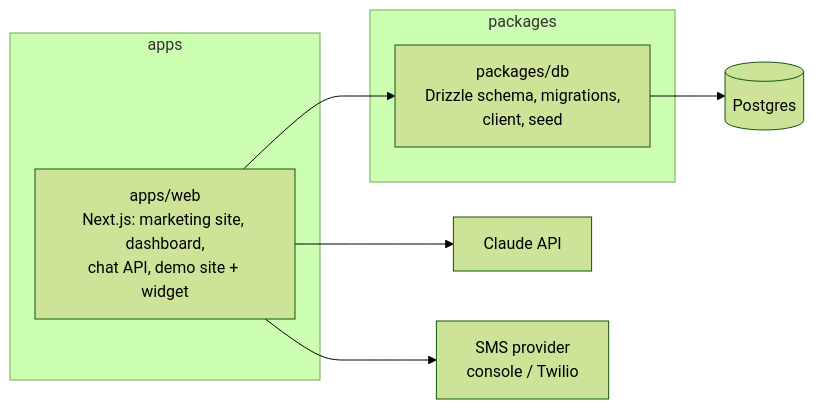
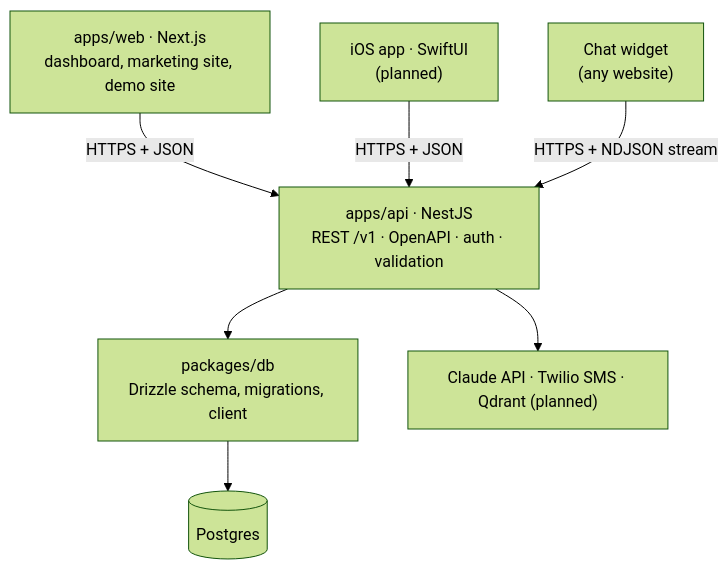
The second of 2 diagrams in README.md (sulabh191/FrontPilot), drawn with Mermaid (forest theme) before and after one commit. The commit also changed other lines of this file, not shown here.

Commit message:
README: document NestJS API architecture and migration plan

````diff
--- a/README.md
+++ b/README.md
@@ -58,13 +60,16 @@
 ```mermaid
-flowchart LR
-    subgraph apps
-        web["apps/web<br/>Next.js: marketing site, dashboard,<br/>chat API, demo site + widget"]
-    end
-    subgraph packages
-        db["packages/db<br/>Drizzle schema, migrations,<br/>client, seed"]
-    end
-    web --> db
-    db --> pg[(Postgres)]
-    web --> claude[Claude API]
-    web --> sms[SMS provider<br/>console / Twilio]
+flowchart TB
+    web["apps/web · Next.js<br/>dashboard, marketing site, demo site"]
+    ios["iOS app · SwiftUI<br/>(planned)"]
+    widget["Chat widget<br/>(any website)"]
+    api["apps/api · NestJS<br/>REST /v1 · OpenAPI · auth · validation"]
+    db["packages/db<br/>Drizzle schema, migrations, client"]
+    pg[(Postgres)]
+    ext["Claude API · Twilio SMS · Qdrant (planned)"]
+
+    web -- "HTTPS + JSON" --> api
+    ios -- "HTTPS + JSON" --> api
+    widget -- "HTTPS + NDJSON stream" --> api
+    api --> db --> pg
+    api --> ext
 ```
````
